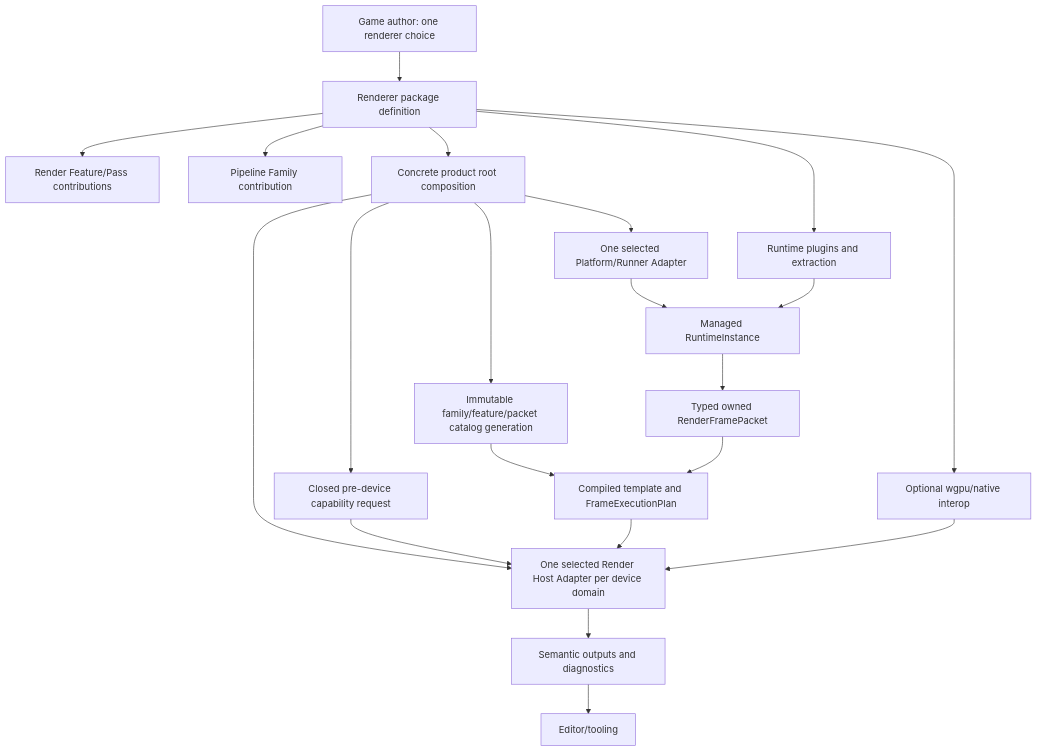
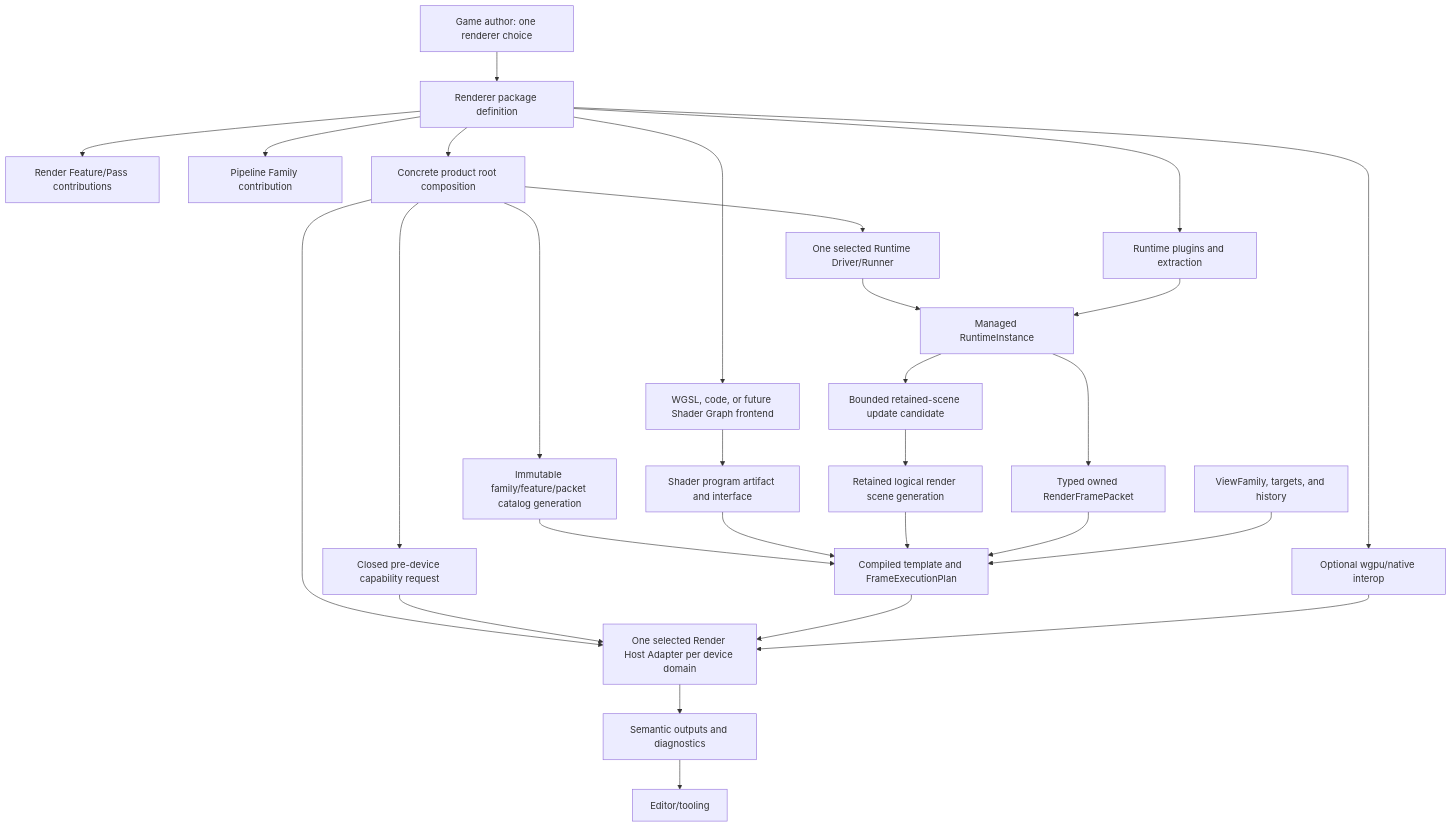
One commit to Latias94/nara changed the diagram in docs/architecture/render-extension-capability-interface-design.md. Above: the diagram before and after it, drawn with Mermaid. The commit also changed other lines of this file and 3 other files, not shown here.

First line of the commit message:
docs(architecture): qualify renderer extension demand

````diff
--- a/docs/architecture/render-extension-capability-interface-design.md
+++ b/docs/architecture/render-extension-capability-interface-design.md
@@ -180,40 +200,52 @@
 ```mermaid
 flowchart TD
     Game[Game author: one renderer choice]
     Package[Renderer package definition]
     Runtime[Runtime plugins and extraction]
     Feature[Render Feature/Pass contributions]
     Family[Pipeline Family contribution]
+    ShaderFrontend[WGSL, code, or future Shader Graph frontend]
+    ShaderArtifact[Shader program artifact and interface]
     Interop[Optional wgpu/native interop]
     Root[Concrete product root composition]
     Catalog[Immutable family/feature/packet catalog generation]
     DevicePlan[Closed pre-device capability request]
-    Runner[One selected Platform/Runner Adapter]
+    Driver[One selected Runtime Driver/Runner]
     Host[One selected Render Host Adapter per device domain]
     RuntimeInstance[Managed RuntimeInstance]
+    SceneUpdate[Bounded retained-scene update candidate]
+    Scene[Retained logical render scene generation]
     Frame[Typed owned RenderFramePacket]
+    Views[ViewFamily, targets, and history]
     Plan[Compiled template and FrameExecutionPlan]
     Output[Semantic outputs and diagnostics]
     Editor[Editor/tooling]
 
     Game --> Package
     Package --> Runtime
     Package --> Feature
     Package --> Family
+    Package --> ShaderFrontend
+    ShaderFrontend --> ShaderArtifact
     Package --> Interop
     Package --> Root
     Root --> Catalog
     Root --> DevicePlan
-    Root --> Runner
+    Root --> Driver
     Root --> Host
-    Runner --> RuntimeInstance
+    Driver --> RuntimeInstance
     Runtime --> RuntimeInstance
+    RuntimeInstance --> SceneUpdate
+    SceneUpdate --> Scene
     RuntimeInstance --> Frame
     Catalog --> Plan
+    ShaderArtifact --> Plan
     DevicePlan --> Host
+    Scene --> Plan
     Frame --> Plan
+    Views --> Plan
     Plan --> Host
     Interop --> Host
     Host --> Output
     Output --> Editor
 ```
````
